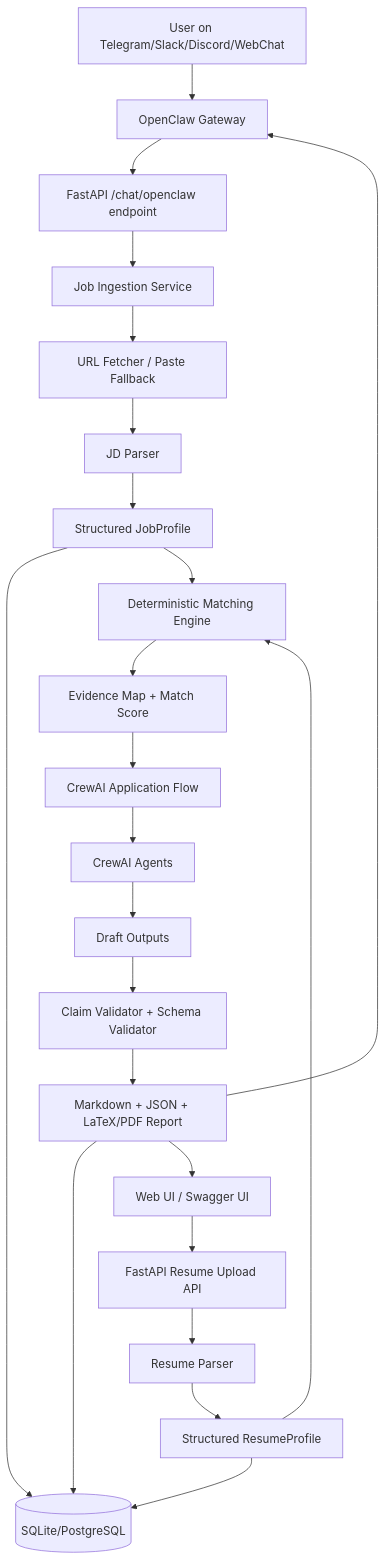
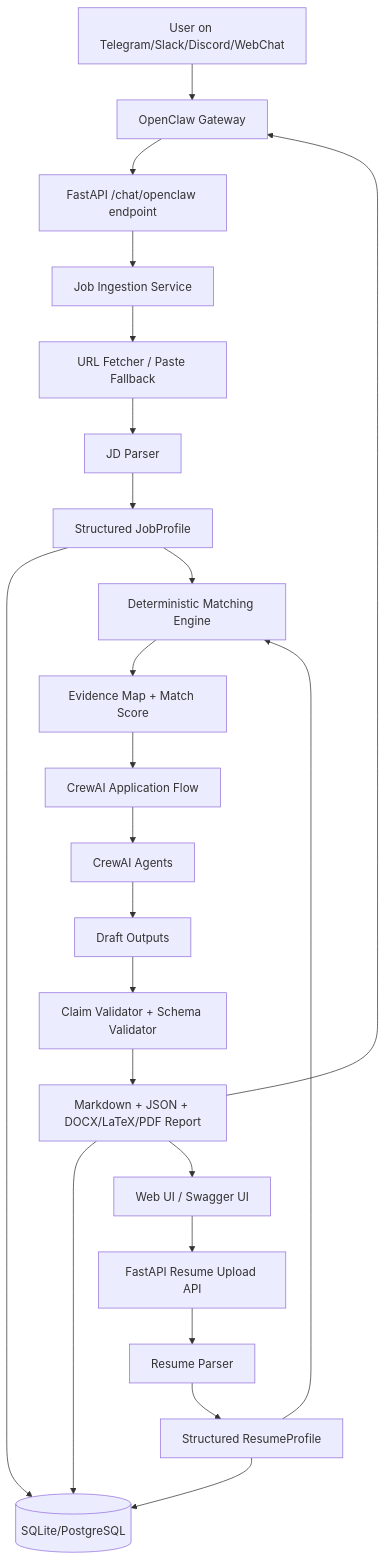
The first of 2 diagrams in Docs/crewai-job-copilot-mvp-docs/docs/03_ARCHITECTURE.md (AdityaChaudhari901/ResumePilot), drawn with Mermaid before and after one commit. The commit also changed other lines of this file and 18 other files, not shown here.

````diff
--- a/Docs/crewai-job-copilot-mvp-docs/docs/03_ARCHITECTURE.md
+++ b/Docs/crewai-job-copilot-mvp-docs/docs/03_ARCHITECTURE.md
@@ -5,30 +5,30 @@
 ```mermaid
 flowchart TD
     User[User on Telegram/Slack/Discord/WebChat] --> OC[OpenClaw Gateway]
     OC --> ChatAPI[FastAPI /chat/openclaw endpoint]
 
     WebUI[Web UI / Swagger UI] --> ResumeAPI[FastAPI Resume Upload API]
     ResumeAPI --> Parser[Resume Parser]
     Parser --> ResumeProfile[Structured ResumeProfile]
     ResumeProfile --> DB[(SQLite/PostgreSQL)]
 
     ChatAPI --> JobIngest[Job Ingestion Service]
     JobIngest --> Fetcher[URL Fetcher / Paste Fallback]
     Fetcher --> JDParser[JD Parser]
     JDParser --> JobProfile[Structured JobProfile]
     JobProfile --> DB
 
     ResumeProfile --> Matcher[Deterministic Matching Engine]
     JobProfile --> Matcher
     Matcher --> Evidence[Evidence Map + Match Score]
 
     Evidence --> Flow[CrewAI Application Flow]
     Flow --> Agents[CrewAI Agents]
     Agents --> Drafts[Draft Outputs]
 
     Drafts --> Validator[Claim Validator + Schema Validator]
-    Validator --> Report[Markdown + JSON + LaTeX/PDF Report]
+    Validator --> Report[Markdown + JSON + DOCX/LaTeX/PDF Report]
     Report --> DB
     Report --> OC
     Report --> WebUI
 ```
````
